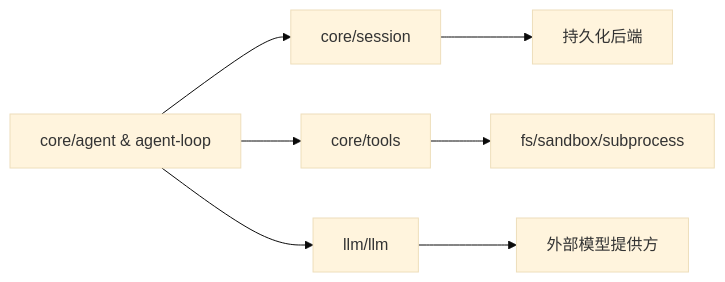
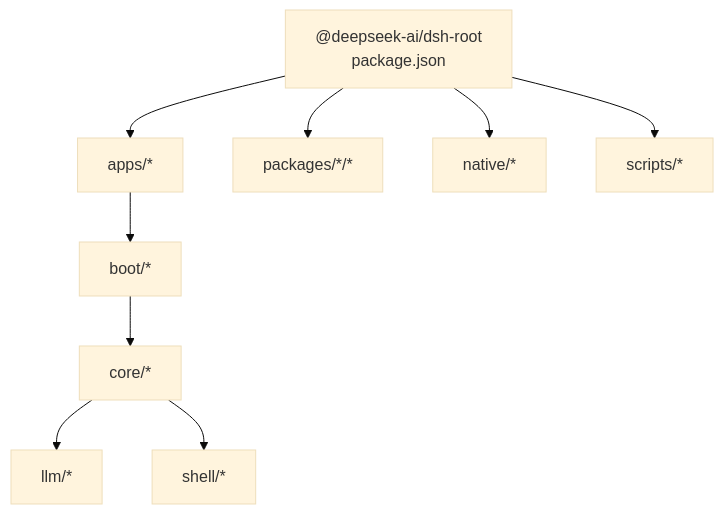
Before and after one commit to gongzili456/deepseek-harness: the eighth of 8 diagrams in .qoder/repowiki/zh/content/架构设计/架构设计.md, drawn with Mermaid (base theme). The commit also changed other lines of this file and 1001 other files, not shown here.

````diff
--- a/.qoder/repowiki/zh/content/架构设计/架构设计.md
+++ b/.qoder/repowiki/zh/content/架构设计/架构设计.md
@@ -301,9 +269,11 @@
 ```mermaid
-graph LR
-Core["core/agent & agent-loop"] --> Session["core/session"]
-Core --> Tools["core/tools"]
-Core --> LLM["llm/llm"]
-Tools --> FS["fs/sandbox/subprocess"]
-LLM --> Ext["外部模型提供方"]
-Session --> Store["持久化后端"]
+graph TB
+Root["@deepseek-ai/dsh-root<br/>package.json"] --> Apps["apps/*"]
+Root --> Packages["packages/*/*"]
+Root --> Native["native/*"]
+Root --> Scripts["scripts/*"]
+Apps --> Boot["boot/*"]
+Boot --> Core["core/*"]
+Core --> LLM["llm/*"]
+Core --> Shell["shell/*"]
 ```
````
